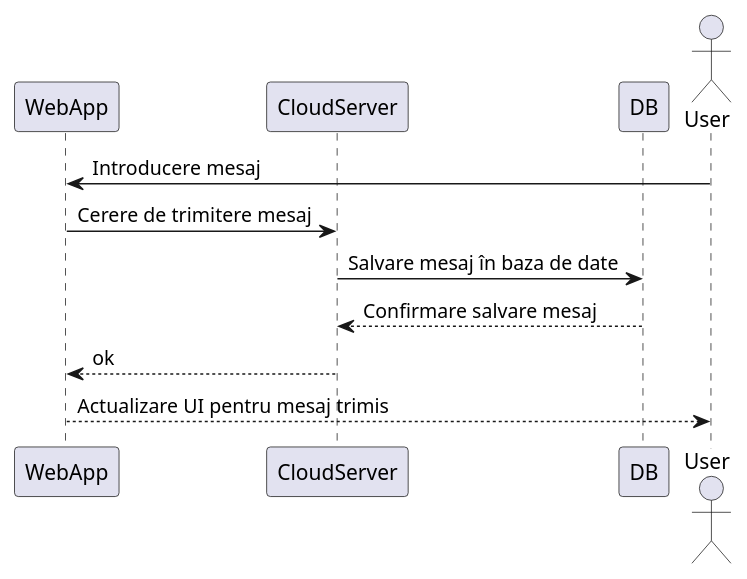
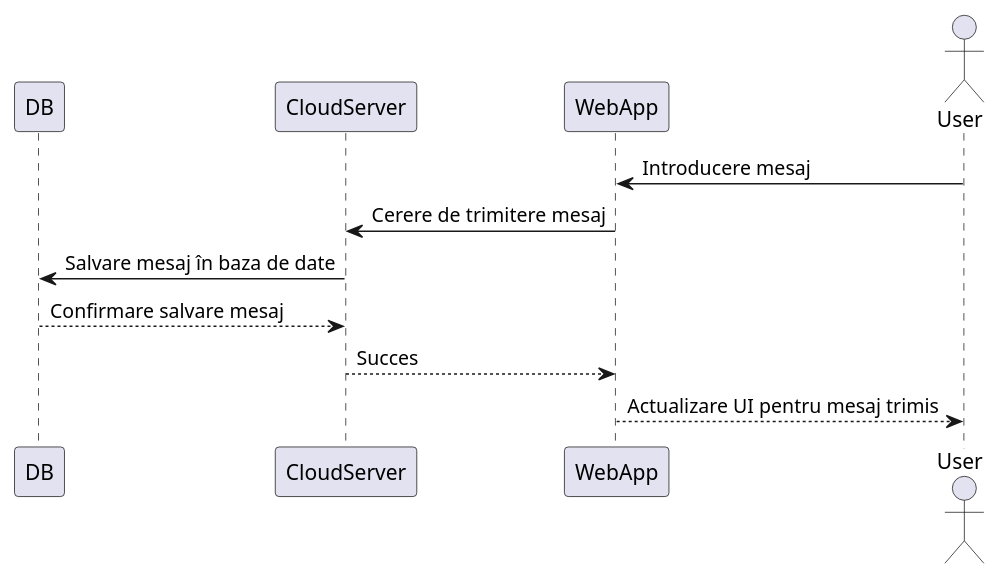
One commit to BVasi/ProiectIP changed the diagram in Sequence_DG/WebApp/chat.plantuml. Above: the diagram before and after it, drawn with PlantUML. The commit also changed 12 other files, not shown here.

Commit message:
Modificare diagrame

```diff
--- a/Sequence_DG/WebApp/chat.plantuml
+++ b/Sequence_DG/WebApp/chat.plantuml
@@ -1,15 +1,15 @@
-@startuml chat
+@startuml Chat
 
+participant DB
+participant CloudServer
 participant WebApp
-participant CloudServer
-participant DB
-Actor User
+actor User
 
 User -> WebApp: Introducere mesaj
 WebApp -> CloudServer: Cerere de trimitere mesaj
 CloudServer -> DB: Salvare mesaj în baza de date
 DB --> CloudServer: Confirmare salvare mesaj
-CloudServer --> WebApp: ok
+CloudServer --> WebApp: Succes
 WebApp --> User: Actualizare UI pentru mesaj trimis
 
 @enduml
```
